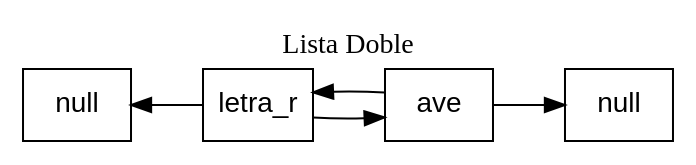
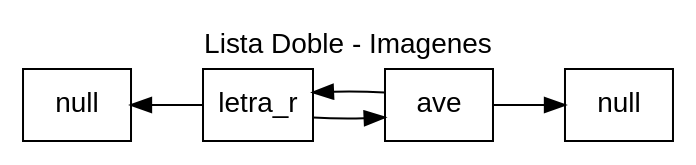
One commit to brandonT2002/EDD_VJ1S2023_PY_202112030 changed the diagram in Reportes/ListaDoble.dot. Above: the diagram before and after it, drawn with Graphviz. The commit also changed 8 other files, not shown here.

```diff
--- a/Reportes/ListaDoble.dot
+++ b/Reportes/ListaDoble.dot
@@ -1,12 +1,12 @@
 digraph G {
-label="Lista Doble"
+fontname="Arial"label="Lista Doble - Imagenes"
 labelloc = t
 rankdir=LR;
 node[shape="box" fontname="Arial"];
 null0 [label="null"]
 null1 [label="null"]
 nodo_0 [label="letra_r"];
 nodo_1 [label="ave"];
 nodo_0 -> nodo_1 -> null0;
 null1 -> nodo_0 -> nodo_1[dir="back"] ;
 }
```
